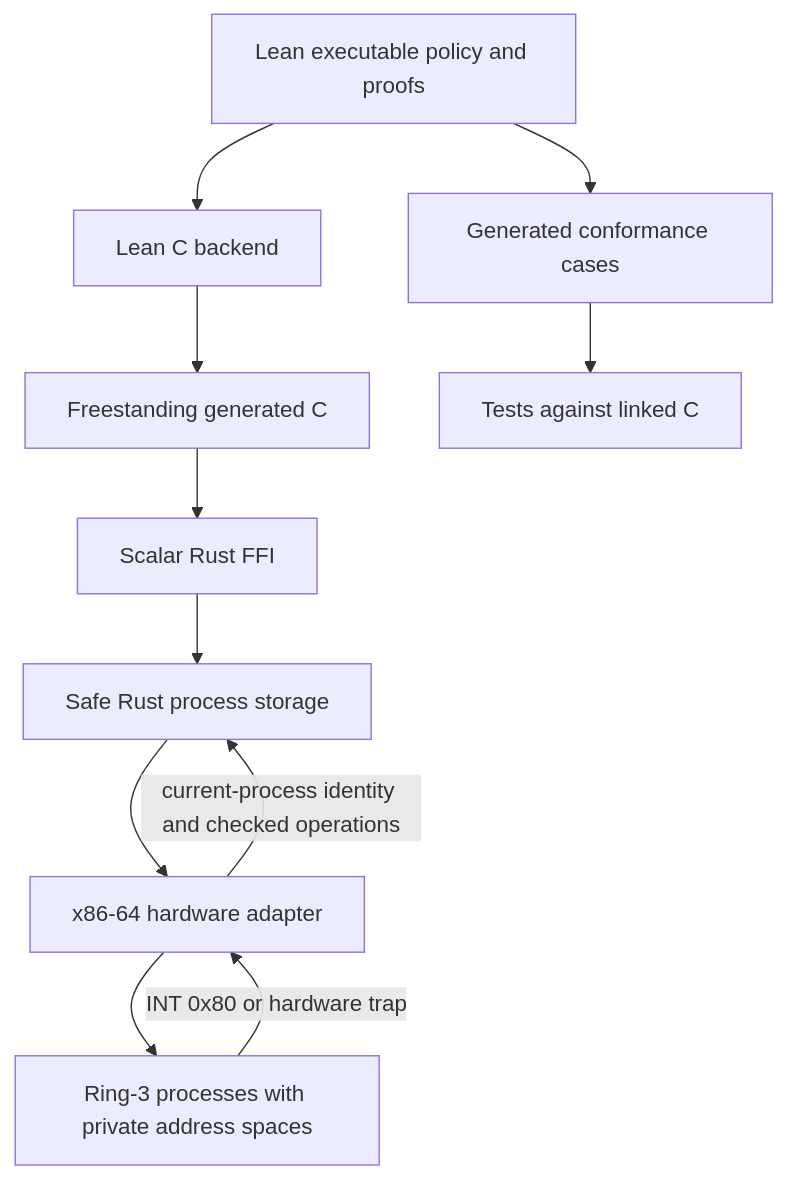
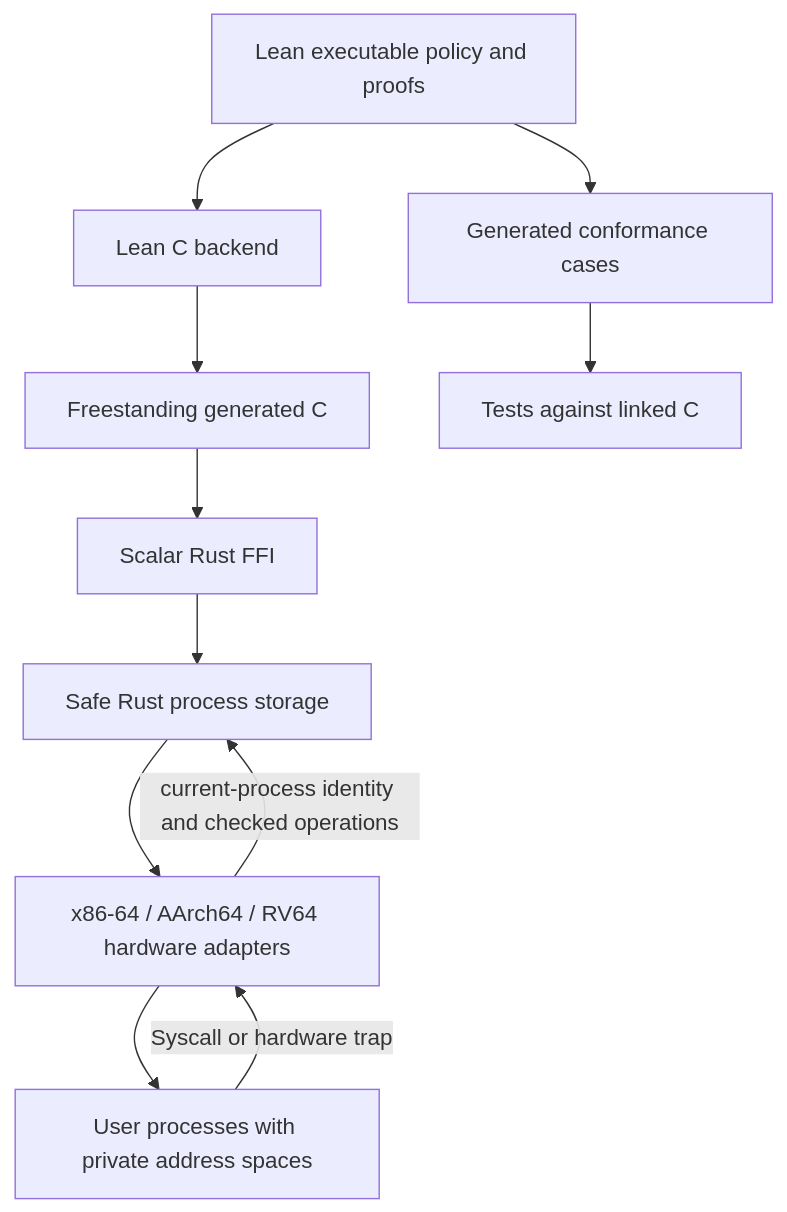
Before and after one commit to moritayasuaki/bastion: the diagram in docs/ARCHITECTURE.md, drawn with Mermaid. The commit also changed other lines of this file and 55 other files, not shown here.

````diff
--- a/docs/ARCHITECTURE.md
+++ b/docs/ARCHITECTURE.md
@@ -5,13 +5,13 @@
 ```mermaid
 flowchart TB
     L[Lean executable policy and proofs] --> G[Lean C backend]
     G --> C[Freestanding generated C]
     C --> F[Scalar Rust FFI]
     F --> S[Safe Rust process storage]
     L --> V[Generated conformance cases]
     V --> T[Tests against linked C]
-    S --> X[x86-64 hardware adapter]
-    X --> P[Ring-3 processes with private address spaces]
-    P -->|INT 0x80 or hardware trap| X
+    S --> X[x86-64 / AArch64 / RV64 hardware adapters]
+    X --> P[User processes with private address spaces]
+    P -->|Syscall or hardware trap| X
     X -->|current-process identity and checked operations| S
 ```
````
